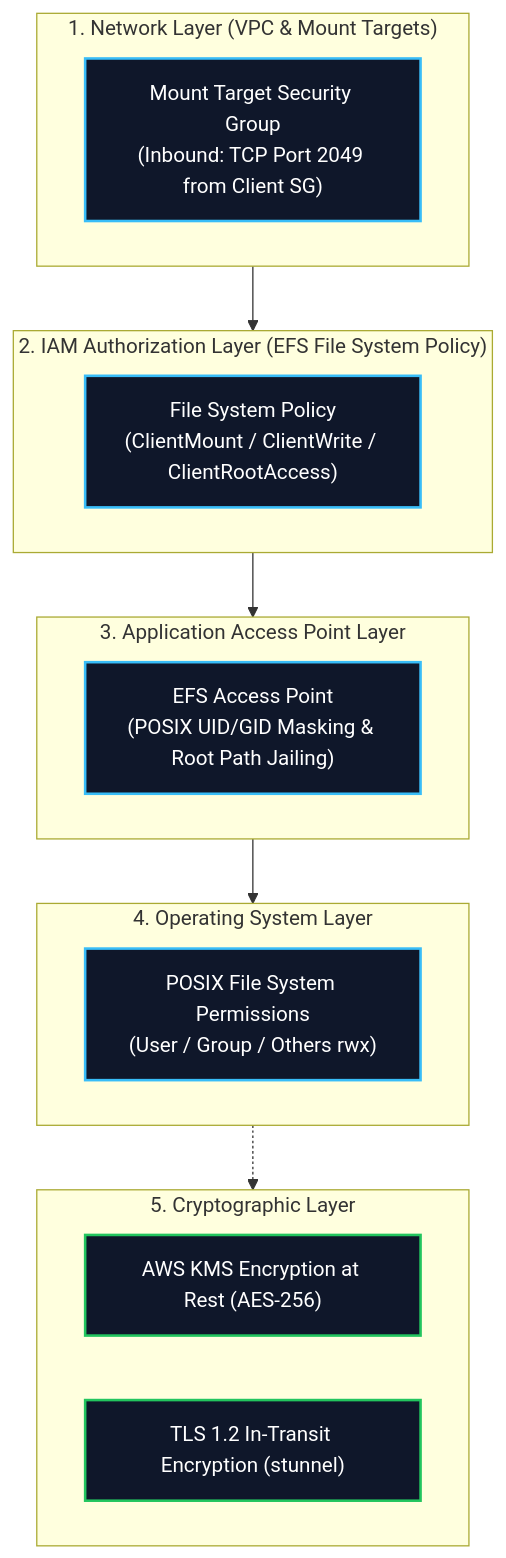
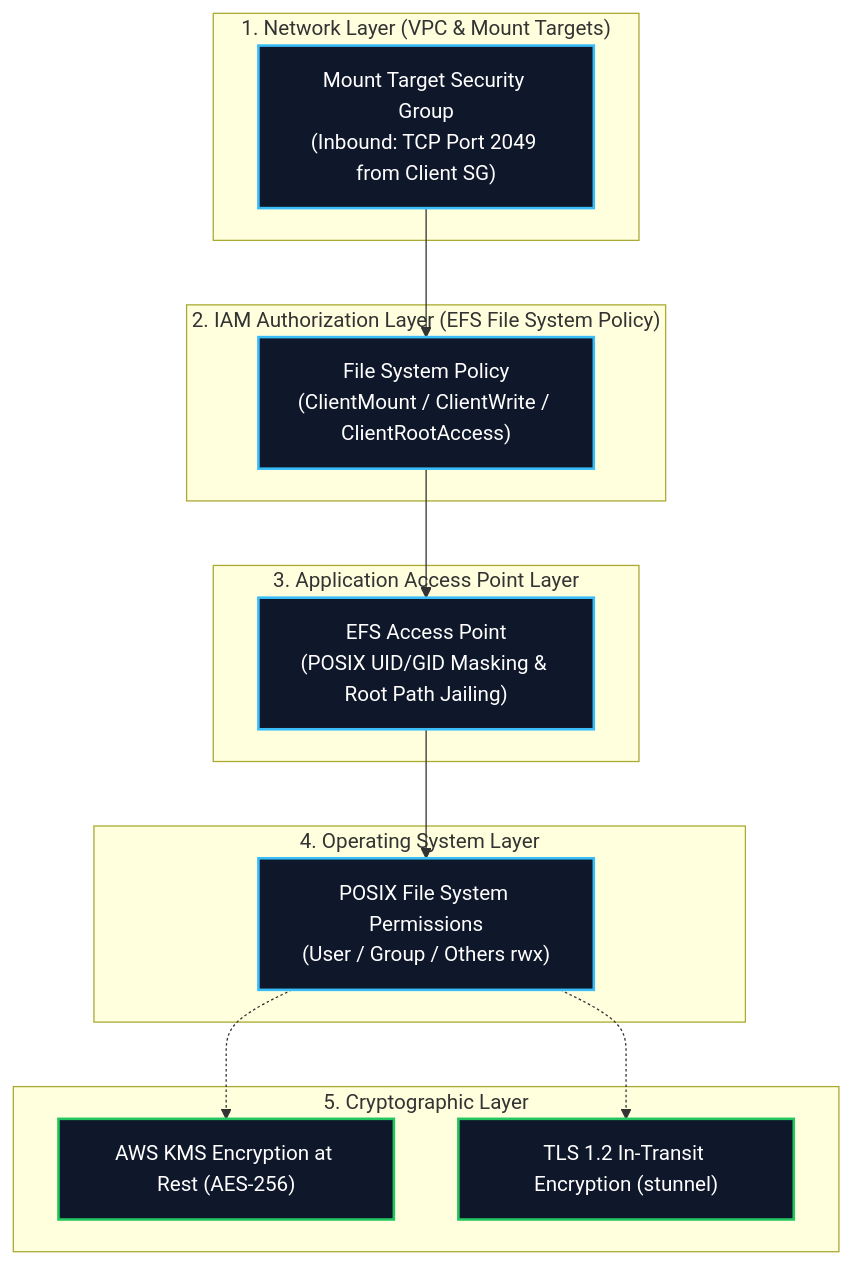
The fifth of 9 diagrams in content/02-services/storage/efs-and-fsx.md (Wathon/aws-dea-c01-note), drawn with Mermaid before and after one commit. The commit also changed other lines of this file and 5 other files, not shown here.

Commit message:
fix(mermaid): resolve reserved keyword classDef and subgraph edge endpoint parse errors

````diff
--- a/content/02-services/storage/efs-and-fsx.md
+++ b/content/02-services/storage/efs-and-fsx.md
@@ -237,32 +246,33 @@
 ```mermaid
 graph TD
     subgraph Layer1["1. Network Layer (VPC & Mount Targets)"]
         SG["Mount Target Security Group<br/>(Inbound: TCP Port 2049 from Client SG)"]
     end
 
     subgraph Layer2["2. IAM Authorization Layer (EFS File System Policy)"]
         FSPolicy["File System Policy<br/>(ClientMount / ClientWrite / ClientRootAccess)"]
     end
 
     subgraph Layer3["3. Application Access Point Layer"]
         AccessPoint["EFS Access Point<br/>(POSIX UID/GID Masking & Root Path Jailing)"]
     end
 
     subgraph Layer4["4. Operating System Layer"]
         POSIX["POSIX File System Permissions<br/>(User / Group / Others rwx)"]
     end
 
     subgraph Layer5["5. Cryptographic Layer"]
         KMS["AWS KMS Encryption at Rest (AES-256)"]
         TLS["TLS 1.2 In-Transit Encryption (stunnel)"]
     end
 
-    Layer1 --> Layer2 --> Layer3 --> Layer4
-    Layer4 -.-> Layer5
+    SG --> FSPolicy --> AccessPoint --> POSIX
+    POSIX -.-> KMS
+    POSIX -.-> TLS
 
     classDef sec fill:#0f172a,stroke:#38bdf8,stroke-width:2px,color:#fff;
     classDef crypto fill:#0f172a,stroke:#22c55e,stroke-width:2px,color:#fff;
 
     class SG,FSPolicy,AccessPoint,POSIX sec;
     class KMS,TLS crypto;
 ```
````
